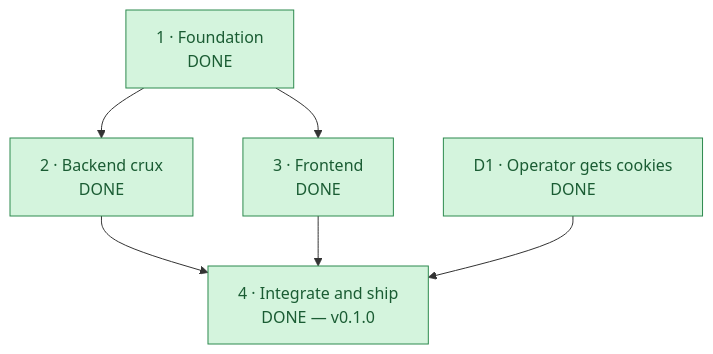
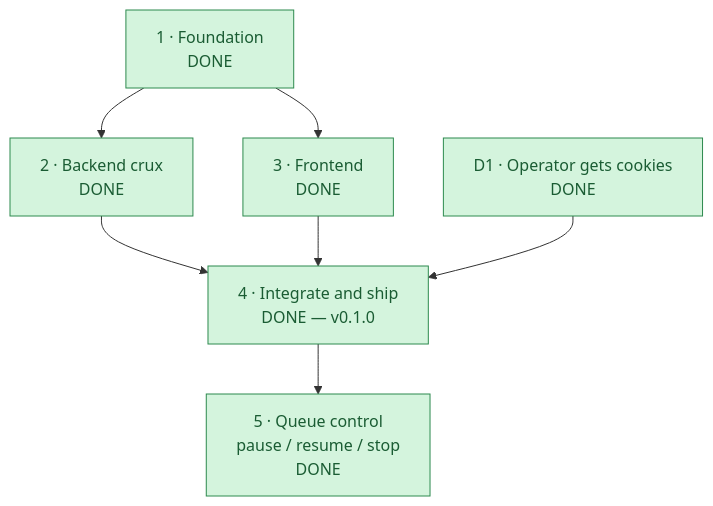
Before and after one commit to lumduan/gallery-dl-web: the diagram in ROADMAP.md, drawn with Mermaid. The commit also changed other lines of this file and 23 other files, not shown here.

````diff
--- a/ROADMAP.md
+++ b/ROADMAP.md
@@ -8,18 +8,20 @@
 ```mermaid
 flowchart TD
     P1["1 · Foundation<br/>DONE"] --> P2["2 · Backend crux<br/>DONE"]
     P1 --> P3["3 · Frontend<br/>DONE"]
     P2 --> P4["4 · Integrate and ship<br/>DONE — v0.1.0"]
     P3 --> P4
     D1["D1 · Operator gets cookies<br/>DONE"] --> P4
+    P4 --> P5["5 · Queue control<br/>pause / resume / stop<br/>DONE"]
 
     classDef done     fill:#d4f4dd,stroke:#2d8a4e,color:#1a5c33
     classDef active   fill:#fff3cd,stroke:#cc9a06,color:#7a5c04
     classDef decision fill:#fde0e0,stroke:#d05555,color:#8f2e2e
 
     class P1 done
     class P2 done
     class P3 done
     class P4 done
+    class P5 done
     class D1 done
 ```
````
